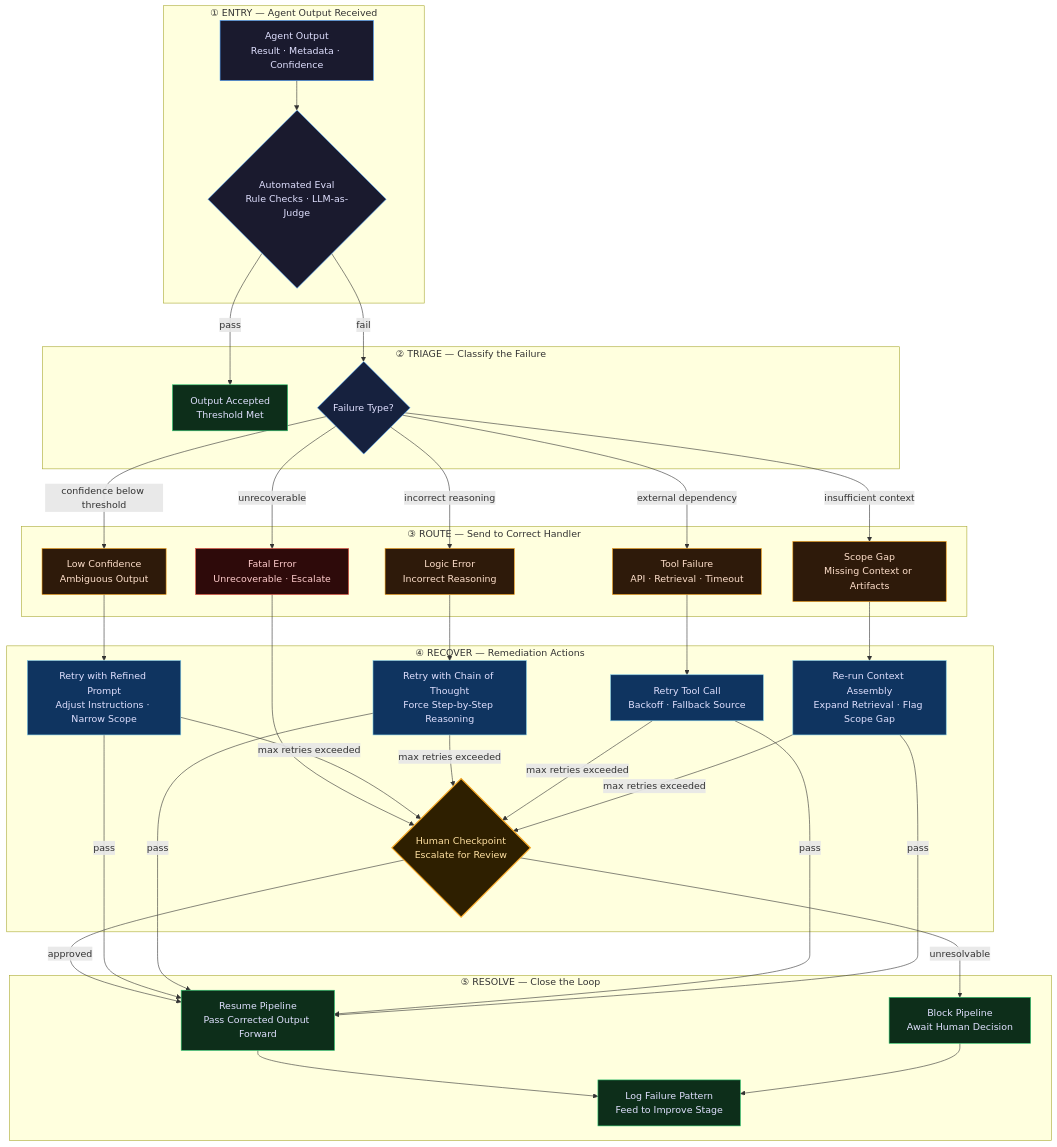
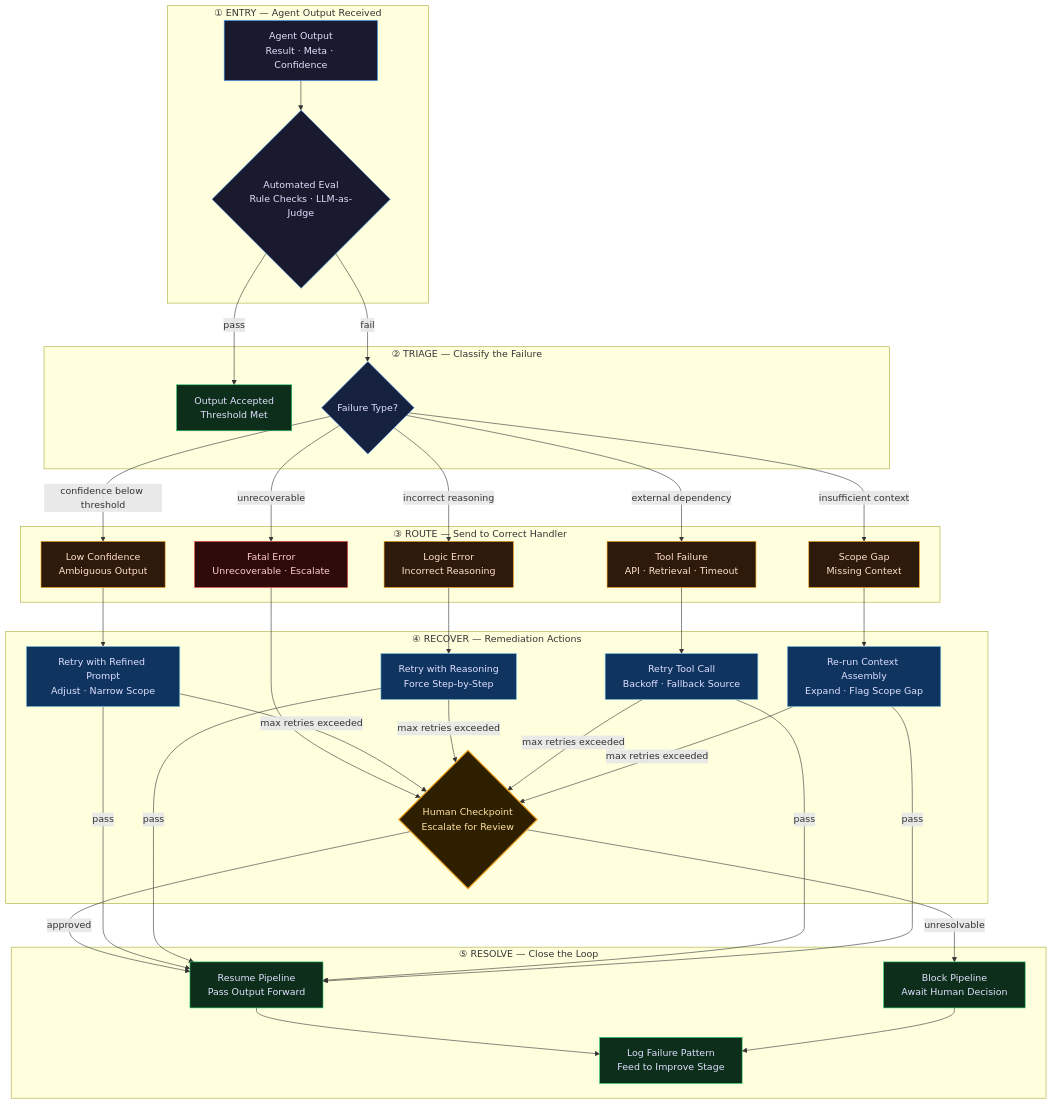
Before and after one commit to bryancalabro/bryancalabro: the tenth of 11 diagrams in README.md, drawn with Mermaid. The commit also changed other lines of this file and 1 other file, not shown here.

````diff
--- a/README.md
+++ b/README.md
@@ -617,77 +617,77 @@
 ```mermaid
 flowchart TD
     subgraph ENTRY["① ENTRY — Agent Output Received"]
-        OUT["Agent Output<br/>Result · Metadata · Confidence"]
+        OUT["Agent Output<br/>Result · Meta · Confidence"]
         EVAL{"Automated Eval<br/>Rule Checks · LLM-as-Judge"}
         OUT --> EVAL
     end
 
     subgraph TRIAGE["② TRIAGE — Classify the Failure"]
         PASS["Output Accepted<br/>Threshold Met"]
         FAIL{Failure Type?}
         EVAL -->|pass| PASS
         EVAL -->|fail| FAIL
     end
 
     subgraph ROUTES["③ ROUTE — Send to Correct Handler"]
         LOW["Low Confidence<br/>Ambiguous Output"]
         LOGIC["Logic Error<br/>Incorrect Reasoning"]
         TOOL["Tool Failure<br/>API · Retrieval · Timeout"]
-        SCOPE["Scope Gap<br/>Missing Context or Artifacts"]
+        SCOPE["Scope Gap<br/>Missing Context"]
         FATAL["Fatal Error<br/>Unrecoverable · Escalate"]
         FAIL -->|confidence below threshold| LOW
         FAIL -->|incorrect reasoning| LOGIC
         FAIL -->|external dependency| TOOL
         FAIL -->|insufficient context| SCOPE
         FAIL -->|unrecoverable| FATAL
     end
 
     subgraph RECOVER["④ RECOVER — Remediation Actions"]
-        R1["Retry with Refined Prompt<br/>Adjust Instructions · Narrow Scope"]
-        R2["Retry with Chain of Thought<br/>Force Step-by-Step Reasoning"]
+        R1["Retry with Refined Prompt<br/>Adjust · Narrow Scope"]
+        R2["Retry with Reasoning<br/>Force Step-by-Step"]
         R3["Retry Tool Call<br/>Backoff · Fallback Source"]
-        R4["Re-run Context Assembly<br/>Expand Retrieval · Flag Scope Gap"]
+        R4["Re-run Context Assembly<br/>Expand · Flag Scope Gap"]
         HC{"Human Checkpoint<br/>Escalate for Review"}
         LOW --> R1
         LOGIC --> R2
         TOOL --> R3
         SCOPE --> R4
         FATAL --> HC
         R1 -->|max retries exceeded| HC
         R2 -->|max retries exceeded| HC
         R3 -->|max retries exceeded| HC
         R4 -->|max retries exceeded| HC
     end
 
     subgraph RESOLVE["⑤ RESOLVE — Close the Loop"]
-        RESUME["Resume Pipeline<br/>Pass Corrected Output Forward"]
+        RESUME["Resume Pipeline<br/>Pass Output Forward"]
         LOG["Log Failure Pattern<br/>Feed to Improve Stage"]
         BLOCK["Block Pipeline<br/>Await Human Decision"]
         HC -->|approved| RESUME
         HC -->|unresolvable| BLOCK
         R1 -->|pass| RESUME
         R2 -->|pass| RESUME
         R3 -->|pass| RESUME
         R4 -->|pass| RESUME
         RESUME --> LOG
         BLOCK --> LOG
     end
 
     classDef entryStyle fill:#1a1a2e,stroke:#4a9eff,color:#e0e0ff
     classDef triageStyle fill:#16213e,stroke:#4a9eff,color:#e0e0ff
     classDef routeStyle fill:#2e1a0a,stroke:#f39c12,color:#ffe0cc
     classDef recoverStyle fill:#0f3460,stroke:#7ec8e3,color:#e0e0ff
     classDef resolveStyle fill:#0d2e1a,stroke:#2ecc71,color:#e0e0ff
     classDef failStyle fill:#2e0a0a,stroke:#e74c3c,color:#ffcccc
     classDef humanStyle fill:#2e1f00,stroke:#f5a623,color:#ffe0a0,stroke-width:2px
     classDef passStyle fill:#0d2e1a,stroke:#2ecc71,color:#e0e0ff
 
     class OUT,EVAL entryStyle
     class PASS,FAIL triageStyle
     class LOW,LOGIC,TOOL,SCOPE routeStyle
     class FATAL failStyle
     class R1,R2,R3,R4 recoverStyle
     class HC humanStyle
     class RESUME,LOG,BLOCK resolveStyle
     class PASS passStyle
 ```
````
